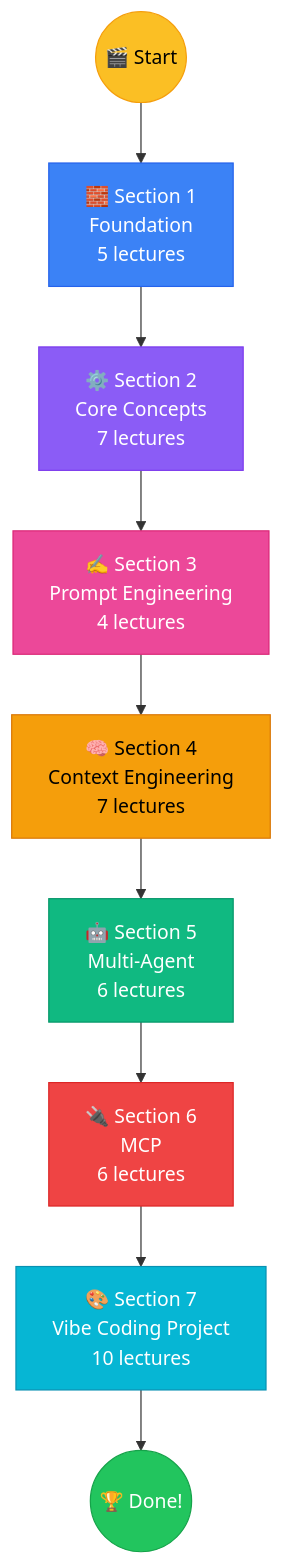
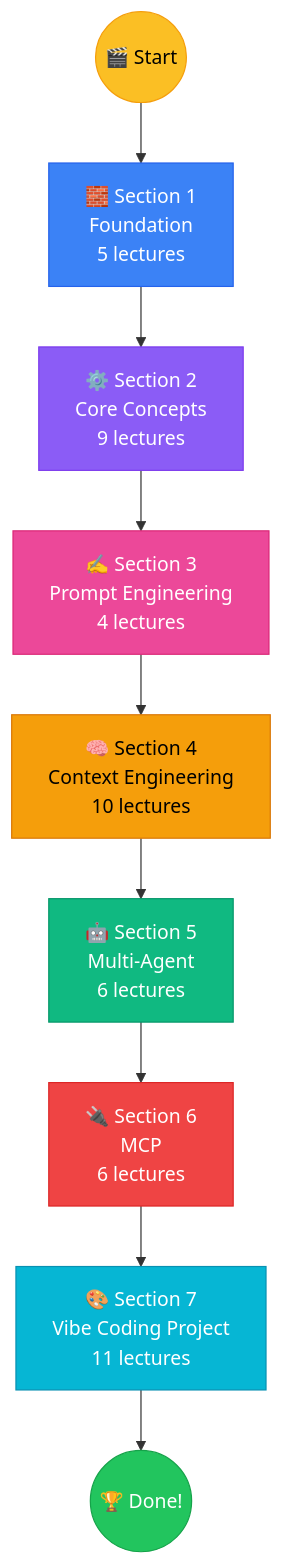
One commit to thanhmati/antigravity-vibe-coding-course changed the third of 3 diagrams in README.md. Above: the diagram before and after it, drawn with Mermaid. The commit also changed other lines of this file and 8 other files, not shown here.

````diff
--- a/README.md
+++ b/README.md
@@ -291,23 +298,23 @@
 ```mermaid
 graph TD
     START(("🎬 Start")) --> S1
 
-    S1["🧱 Section 1\nFoundation\n5 lectures"] --> S2["⚙️ Section 2\nCore Concepts\n7 lectures"]
+    S1["🧱 Section 1\nFoundation\n5 lectures"] --> S2["⚙️ Section 2\nCore Concepts\n9 lectures"]
     S2 --> S3["✍️ Section 3\nPrompt Engineering\n4 lectures"]
-    S3 --> S4["🧠 Section 4\nContext Engineering\n7 lectures"]
+    S3 --> S4["🧠 Section 4\nContext Engineering\n10 lectures"]
     S4 --> S5["🤖 Section 5\nMulti-Agent\n6 lectures"]
     S5 --> S6["🔌 Section 6\nMCP\n6 lectures"]
-    S6 --> S7["🎨 Section 7\nVibe Coding Project\n10 lectures"]
+    S6 --> S7["🎨 Section 7\nVibe Coding Project\n11 lectures"]
 
     S7 --> FINISH(("🏆 Done!"))
 
     style START fill:#fbbf24,stroke:#f59e0b,color:#000
     style S1 fill:#3b82f6,stroke:#2563eb,color:#fff
     style S2 fill:#8b5cf6,stroke:#7c3aed,color:#fff
     style S3 fill:#ec4899,stroke:#db2777,color:#fff
     style S4 fill:#f59e0b,stroke:#d97706,color:#000
     style S5 fill:#10b981,stroke:#059669,color:#fff
     style S6 fill:#ef4444,stroke:#dc2626,color:#fff
     style S7 fill:#06b6d4,stroke:#0891b2,color:#fff
     style FINISH fill:#22c55e,stroke:#16a34a,color:#fff
 ```
````
